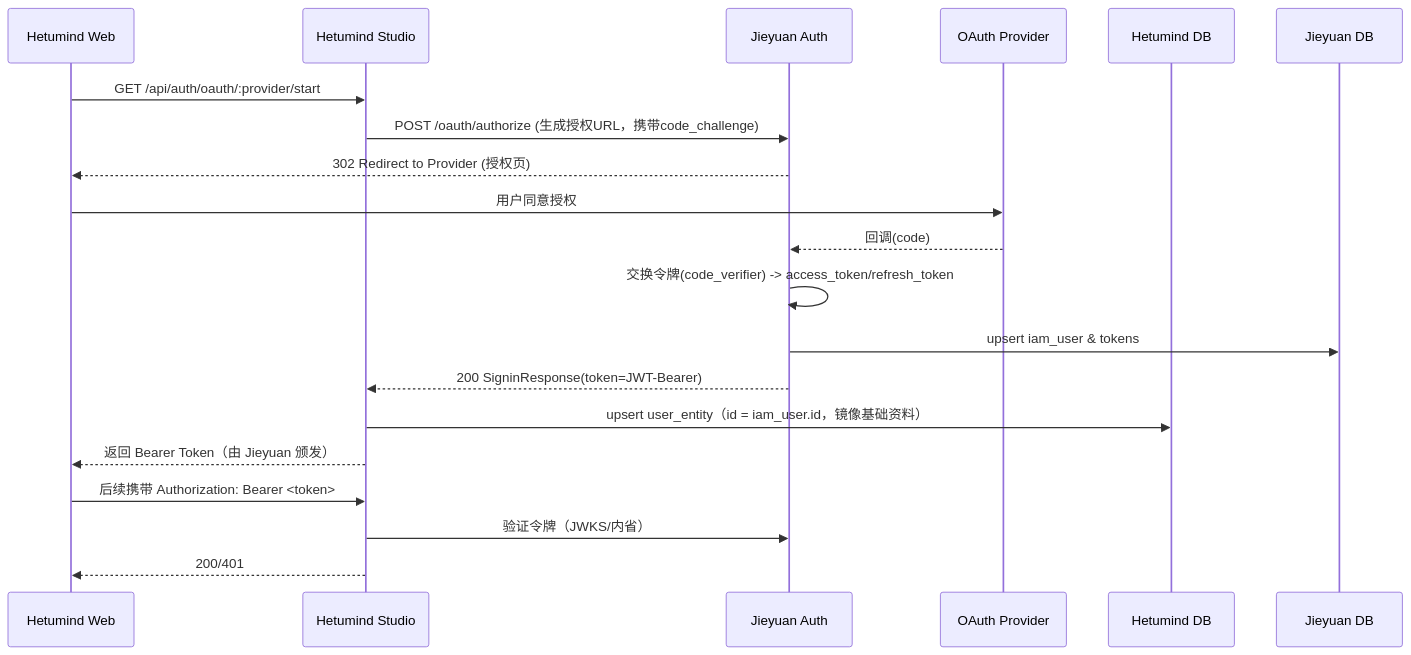
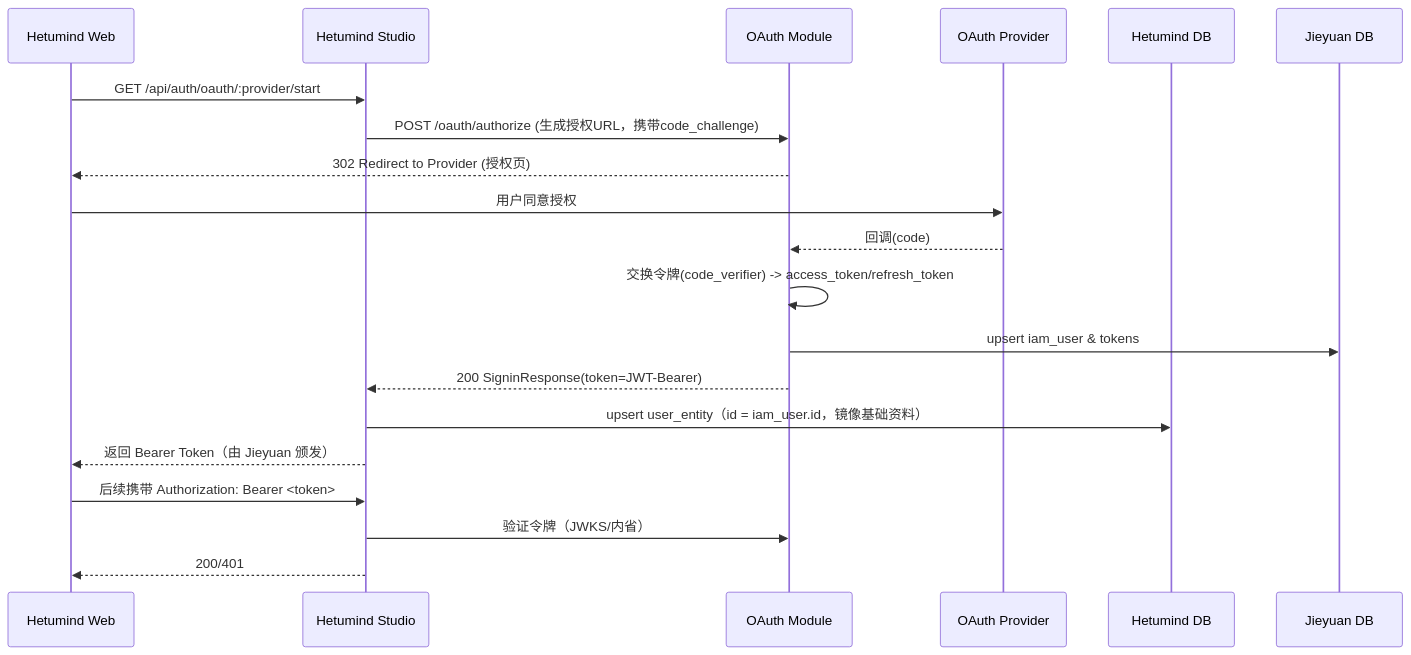
One commit to fusion-data/fusion-data changed the second of 2 diagrams in documents/oauth.md. Above: the diagram before and after it, drawn with Mermaid. The commit also changed other lines of this file and 48 other files, not shown here.

Commit message:
feat: Update project documentation and refactor IAM architecture

````diff
--- a/documents/oauth.md
+++ b/documents/oauth.md
@@ -353,24 +356,24 @@
 ```mermaid
   sequenceDiagram
     participant Web as Hetumind Web
     participant Studio as Hetumind Studio
-    participant Auth as Jieyuan Auth
+    participant OAuth as OAuth Module
     participant Provider as OAuth Provider
     participant DBH as Hetumind DB
     participant DBJ as Jieyuan DB
 
     Web->>Studio: GET /api/auth/oauth/:provider/start
-    Studio->>Auth: POST /oauth/authorize (生成授权URL，携带code_challenge)
-    Auth-->>Web: 302 Redirect to Provider (授权页)
+    Studio->>OAuth: POST /oauth/authorize (生成授权URL，携带code_challenge)
+    OAuth-->>Web: 302 Redirect to Provider (授权页)
     Web->>Provider: 用户同意授权
-    Provider-->>Auth: 回调(code)
-    Auth->>Auth: 交换令牌(code_verifier) -> access_token/refresh_token
-    Auth->>DBJ: upsert iam_user & tokens
-    Auth-->>Studio: 200 SigninResponse(token=JWT-Bearer)
+    Provider-->>OAuth: 回调(code)
+    OAuth->>OAuth: 交换令牌(code_verifier) -> access_token/refresh_token
+    OAuth->>DBJ: upsert iam_user & tokens
+    OAuth-->>Studio: 200 SigninResponse(token=JWT-Bearer)
     Studio->>DBH: upsert user_entity（id = iam_user.id，镜像基础资料）
     Studio-->>Web: 返回 Bearer Token（由 Jieyuan 颁发）
 
     Web->>Studio: 后续携带 Authorization: Bearer <token>
-    Studio->>Auth: 验证令牌（JWKS/内省）
+    Studio->>OAuth: 验证令牌（JWKS/内省）
     Studio-->>Web: 200/401
 ```
````
